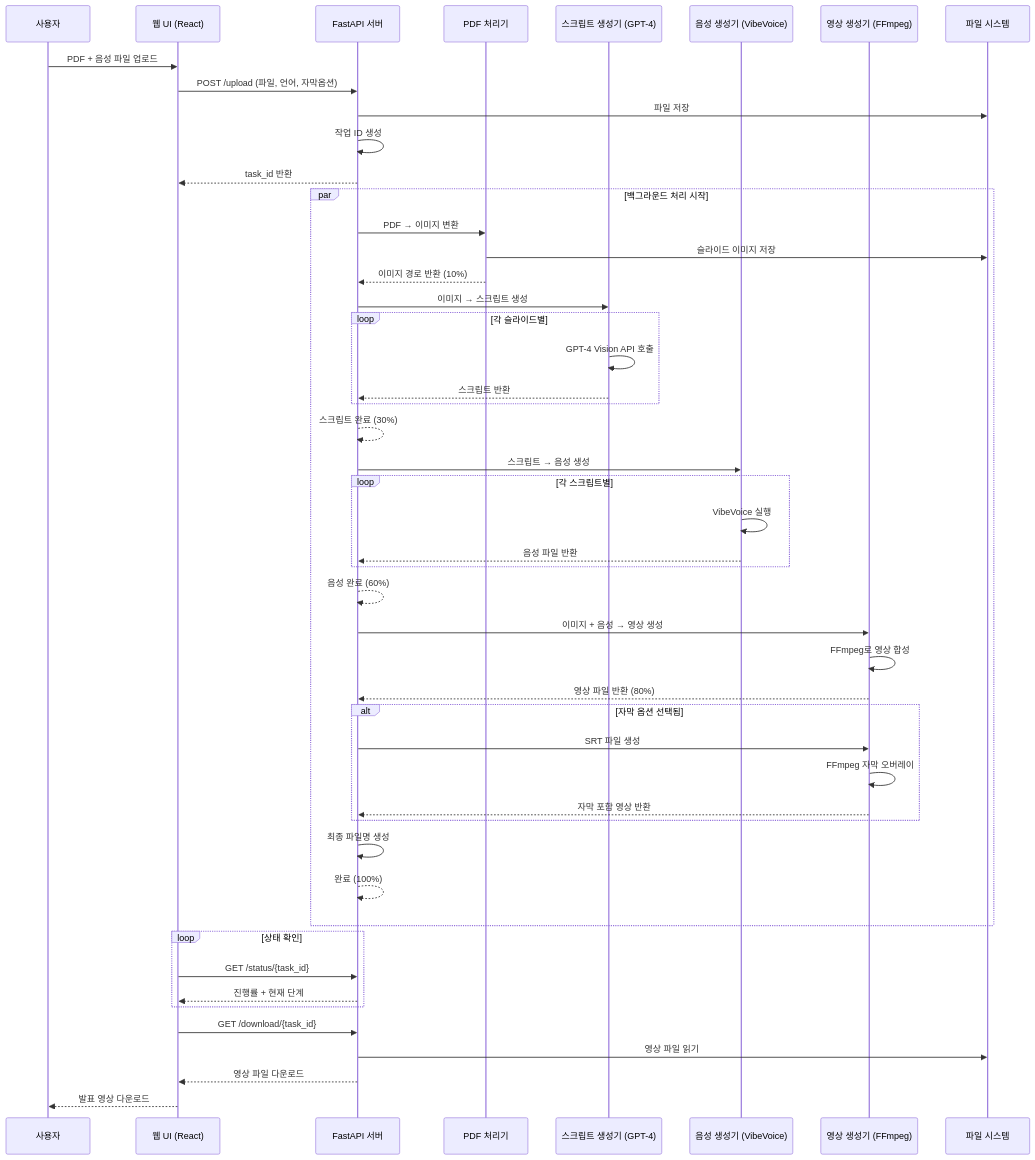
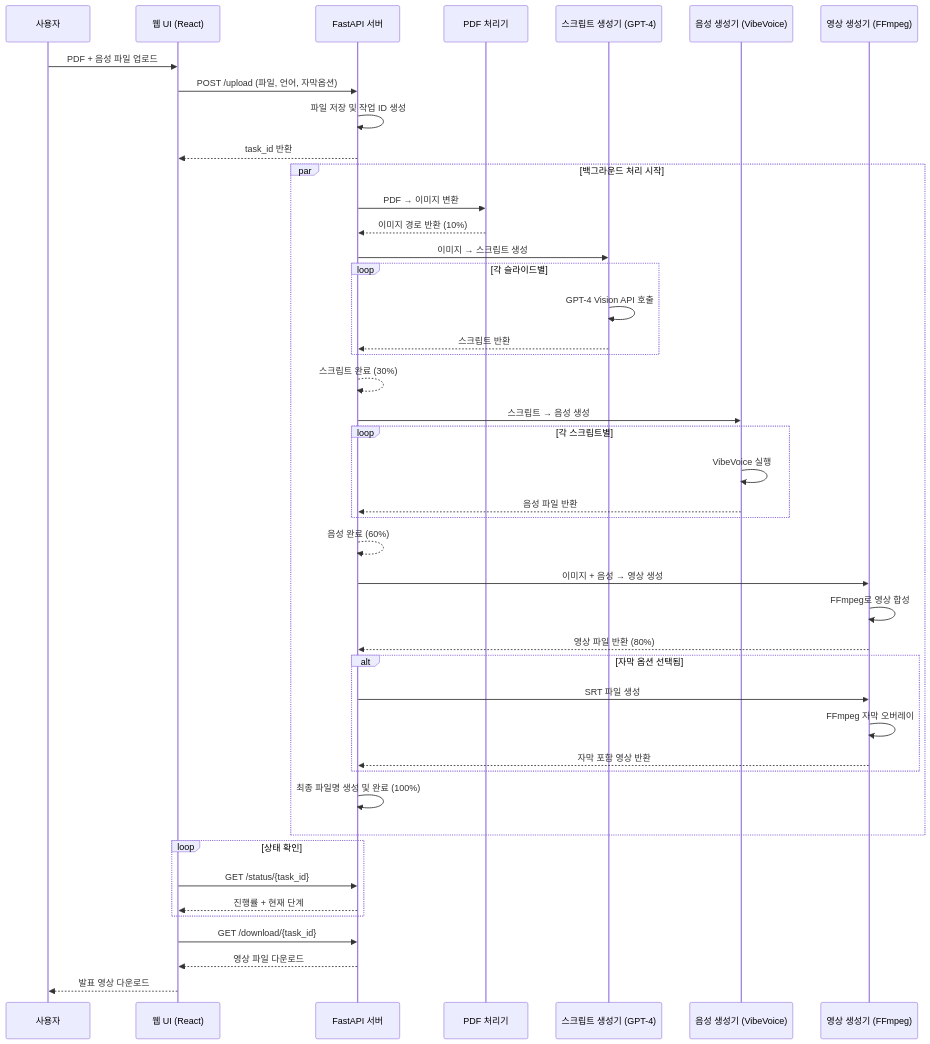
The first of 3 diagrams in docs/architecture.md (LilDevsy0117/Graduation_project), drawn with Mermaid before and after one commit. The commit also changed other lines of this file and 2 other files, not shown here.

````diff
--- a/docs/architecture.md
+++ b/docs/architecture.md
@@ -9,60 +9,55 @@
 ```mermaid
 sequenceDiagram
     participant U as 사용자
     participant W as 웹 UI (React)
     participant A as FastAPI 서버
     participant P as PDF 처리기
     participant S as 스크립트 생성기 (GPT-4)
     participant V as 음성 생성기 (VibeVoice)
     participant VC as 영상 생성기 (FFmpeg)
-    participant F as 파일 시스템
 
     U->>W: PDF + 음성 파일 업로드
     W->>A: POST /upload (파일, 언어, 자막옵션)
-    A->>F: 파일 저장
-    A->>A: 작업 ID 생성
+    A->>A: 파일 저장 및 작업 ID 생성
     A-->>W: task_id 반환
     
     par 백그라운드 처리 시작
         A->>P: PDF → 이미지 변환
-        P->>F: 슬라이드 이미지 저장
         P-->>A: 이미지 경로 반환 (10%)
         
         A->>S: 이미지 → 스크립트 생성
         loop 각 슬라이드별
             S->>S: GPT-4 Vision API 호출
             S-->>A: 스크립트 반환
         end
         A-->>A: 스크립트 완료 (30%)
         
         A->>V: 스크립트 → 음성 생성
         loop 각 스크립트별
             V->>V: VibeVoice 실행
             V-->>A: 음성 파일 반환
         end
         A-->>A: 음성 완료 (60%)
         
         A->>VC: 이미지 + 음성 → 영상 생성
         VC->>VC: FFmpeg로 영상 합성
         VC-->>A: 영상 파일 반환 (80%)
         
         alt 자막 옵션 선택됨
             A->>VC: SRT 파일 생성
             VC->>VC: FFmpeg 자막 오버레이
             VC-->>A: 자막 포함 영상 반환
         end
         
-        A->>A: 최종 파일명 생성
-        A-->>A: 완료 (100%)
+        A->>A: 최종 파일명 생성 및 완료 (100%)
     end
     
     loop 상태 확인
         W->>A: GET /status/{task_id}
         A-->>W: 진행률 + 현재 단계
     end
     
     W->>A: GET /download/{task_id}
-    A->>F: 영상 파일 읽기
     A-->>W: 영상 파일 다운로드
     W-->>U: 발표 영상 다운로드
 ```
````
